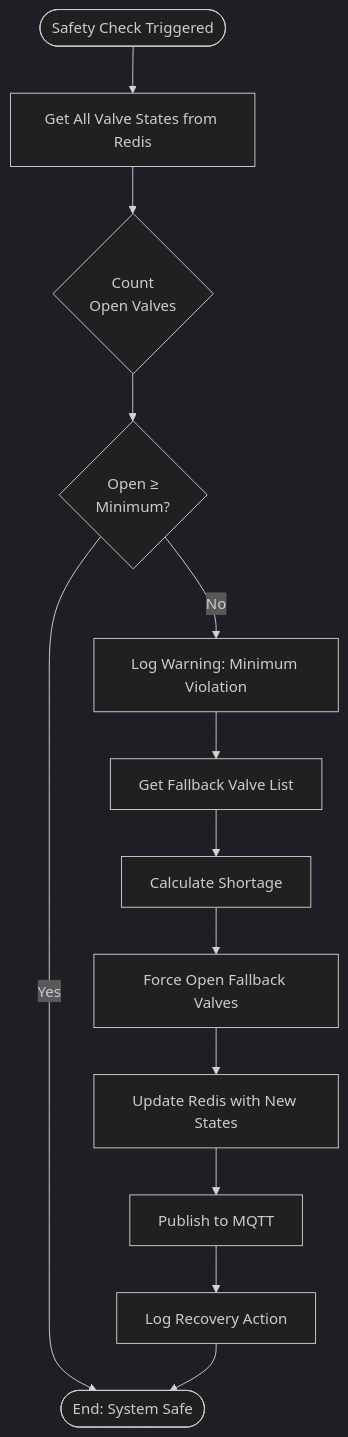
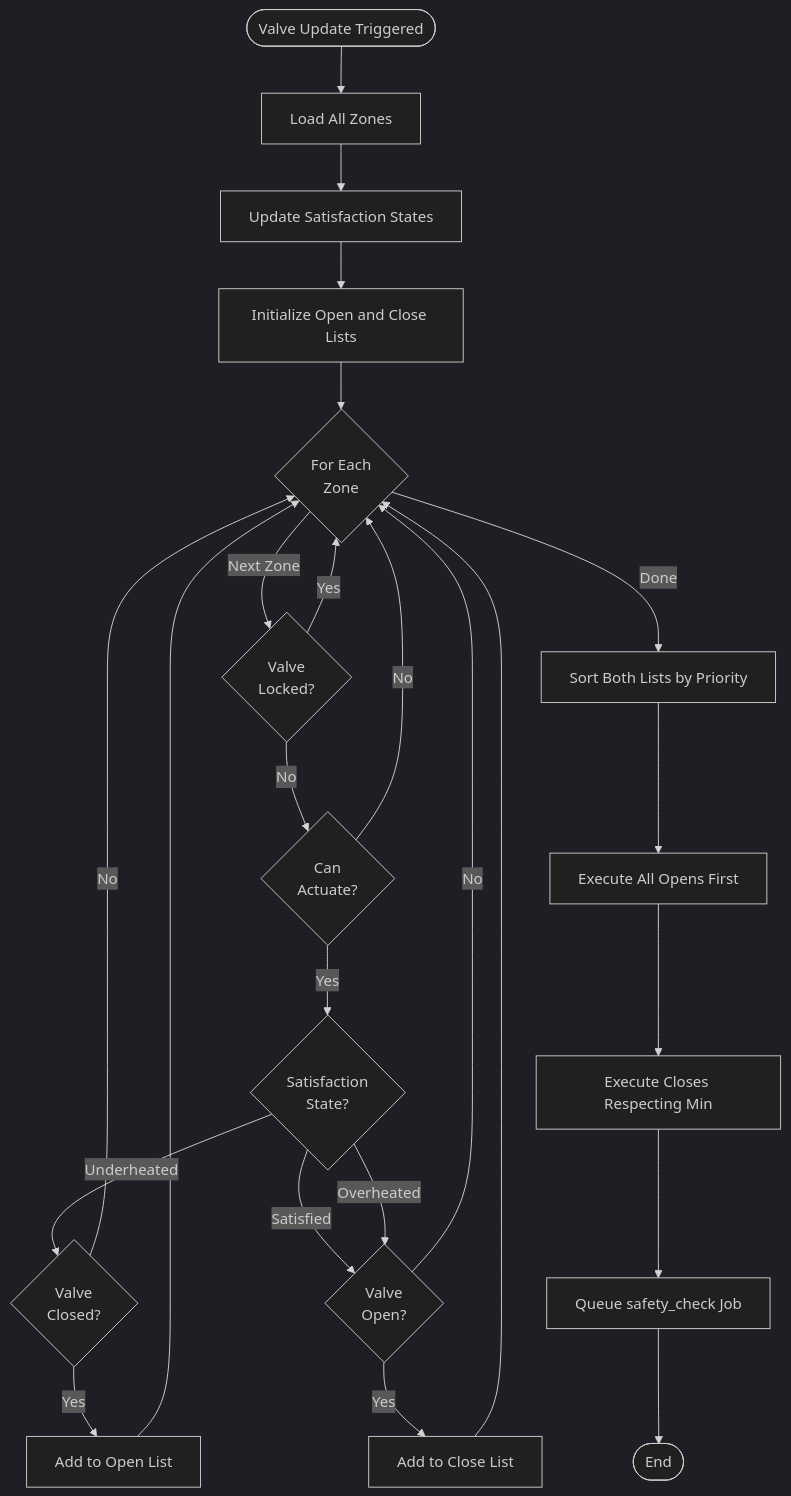
Before and after one commit to Chester929/ha_multizone_climate: diagram 12 of 24 in DIAGRAMS.md, drawn with Mermaid (dark theme). The commit also changed other lines of this file and 4 other files, not shown here.

First line of the commit message:
Regenerate DIAGRAMS.md for 2-container architecture and remove backup files (#68)

````diff
--- a/DIAGRAMS.md
+++ b/DIAGRAMS.md
@@ -1220,16 +806,33 @@
 ```mermaid
 flowchart TD
-    Start([Safety Check Triggered]) --> GetValves[Get All Valve States from Redis]
-    GetValves --> CountOpen{Count<br/>Open Valves}
-    CountOpen --> CheckMin{Open ≥<br/>Minimum?}
+    Start([Valve Update Triggered]) --> LoadZones[Load All Zones]
+    LoadZones --> UpdateStates[Update Satisfaction States]
     
-    CheckMin -->|Yes| End([End: System Safe])
-    CheckMin -->|No| LogWarning[Log Warning: Minimum Violation]
-    LogWarning --> GetFallback[Get Fallback Valve List]
-    GetFallback --> CalcShortage[Calculate Shortage]
-    CalcShortage --> ForceOpen[Force Open Fallback Valves]
-    ForceOpen --> UpdateRedis[Update Redis with New States]
-    UpdateRedis --> PublishMQTT[Publish to MQTT]
-    PublishMQTT --> LogRecovery[Log Recovery Action]
-    LogRecovery --> End
+    UpdateStates --> InitLists[Initialize Open and Close Lists]
+    InitLists --> Loop{For Each<br/>Zone}
+    
+    Loop -->|Next Zone| CheckLocked{Valve<br/>Locked?}
+    CheckLocked -->|Yes| Loop
+    CheckLocked -->|No| CheckDelay{Can<br/>Actuate?}
+    CheckDelay -->|No| Loop
+    CheckDelay -->|Yes| CheckSat{Satisfaction<br/>State?}
+    
+    CheckSat -->|Underheated| CheckClosed{Valve<br/>Closed?}
+    CheckClosed -->|Yes| AddOpen[Add to Open List]
+    CheckClosed -->|No| Loop
+    
+    CheckSat -->|Satisfied| CheckOpen{Valve<br/>Open?}
+    CheckOpen -->|Yes| AddClose[Add to Close List]
+    CheckOpen -->|No| Loop
+    
+    CheckSat -->|Overheated| CheckOpen
+    
+    AddOpen --> Loop
+    AddClose --> Loop
+    
+    Loop -->|Done| SortByPriority[Sort Both Lists by Priority]
+    SortByPriority --> ExecuteOpens[Execute All Opens First]
+    ExecuteOpens --> ExecuteCloses[Execute Closes Respecting Min]
+    ExecuteCloses --> QueueSafety[Queue safety_check Job]
+    QueueSafety --> End([End])
 ```
````
